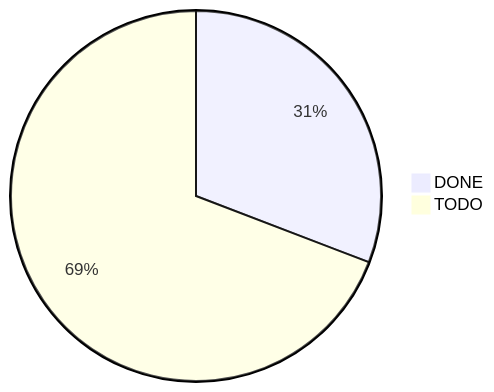
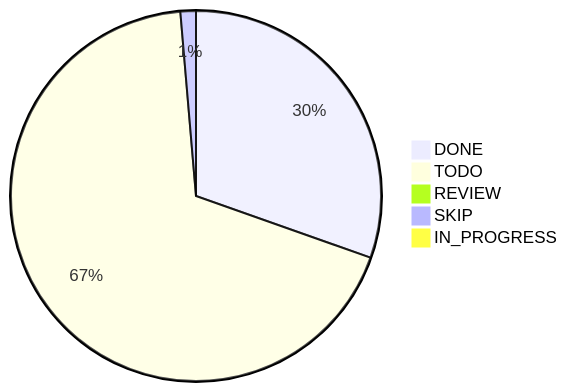
One commit to marleeeeeey/cpp_notes changed the first of 4 diagrams in PROGRESS.md. Above: the diagram before and after it, drawn with Mermaid. The commit also changed other lines of this file and 17 other files, not shown here.

````diff
--- a/PROGRESS.md
+++ b/PROGRESS.md
@@ -3,5 +3,8 @@
 ```mermaid
 pie
   "DONE" : 45
   "TODO" : 101
+  "REVIEW" : 1
+  "SKIP" : 2
+  "IN_PROGRESS" : 1
 ```
````
